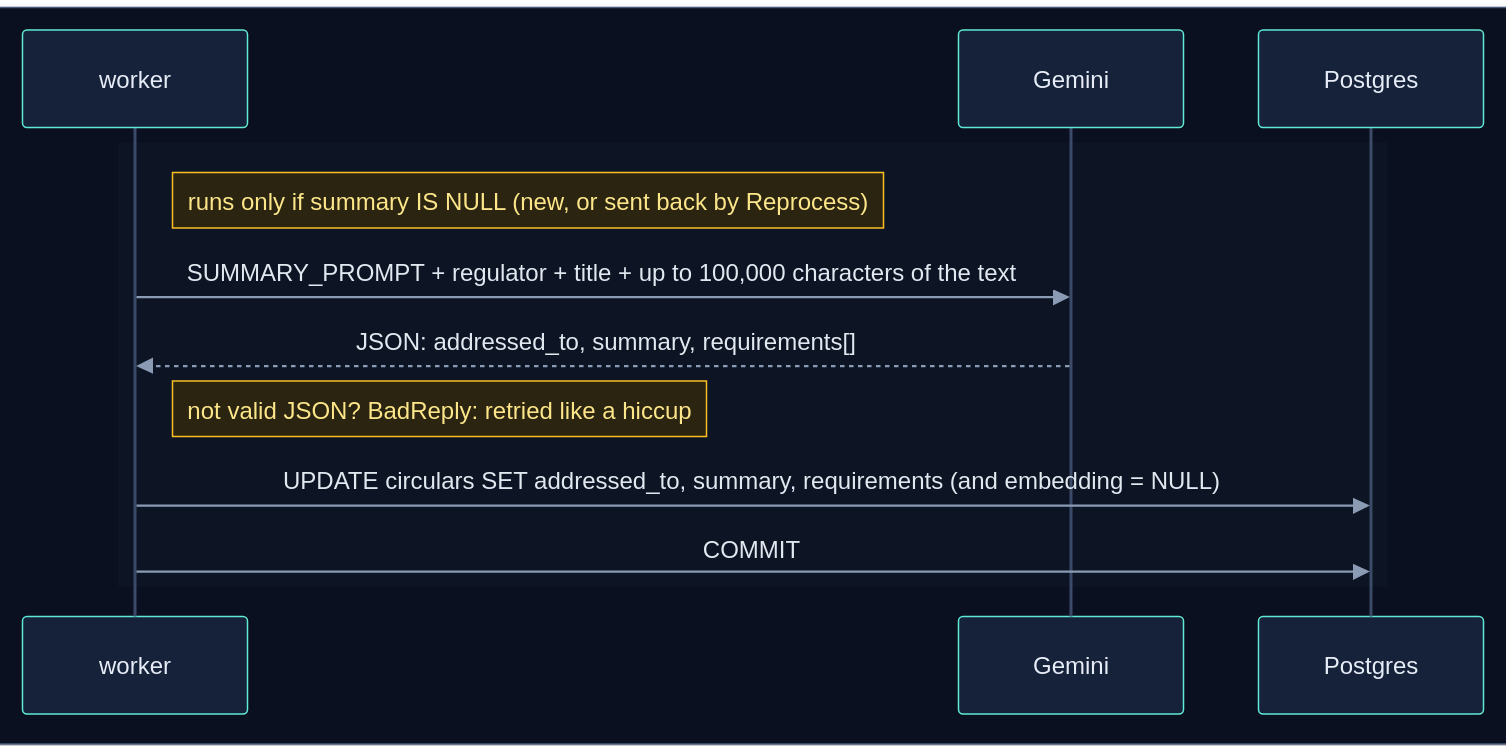
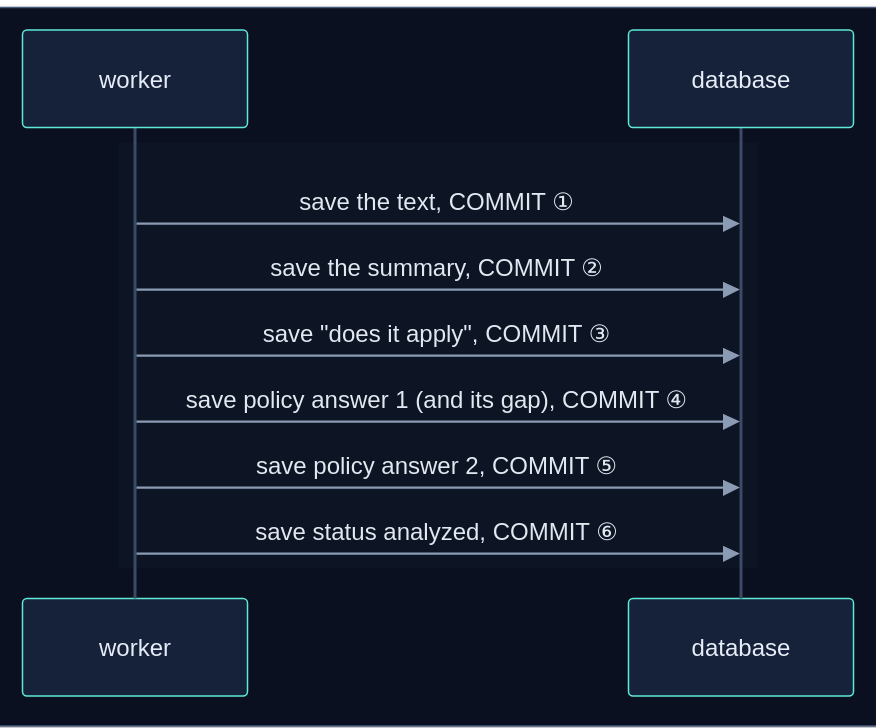
One commit to selvakumarperumal/Regulatory_Circular_Impact_Agent changed the eighth of 12 diagrams in how_the_worker_works.md. Above: the diagram before and after it, drawn with Mermaid. The commit also changed other lines of this file and 4 other files, not shown here.

````diff
--- a/how_the_worker_works.md
+++ b/how_the_worker_works.md
@@ -612,18 +468,17 @@
 ```mermaid
 %%{init: {"theme": "base", "sequence": {"diagramMarginX": 0, "diagramMarginY": 0}, "themeVariables": {"darkMode": true, "primaryColor": "#16213a", "primaryTextColor": "#e6edf7", "primaryBorderColor": "#475a7a", "lineColor": "#8b9bb4", "secondaryColor": "#1b2436", "tertiaryColor": "#101a2e", "edgeLabelBackground": "#0f172a", "textColor": "#e2e8f0", "actorBkg": "#16213a", "actorBorder": "#5eead4", "actorTextColor": "#e6edf7", "actorLineColor": "#3b4a66", "signalColor": "#8b9bb4", "signalTextColor": "#e2e8f0", "noteBkgColor": "#2a2410", "noteBorderColor": "#fbbf24", "noteTextColor": "#fde68a", "labelBoxBkgColor": "#1e293b", "labelBoxBorderColor": "#64748b", "labelTextColor": "#e2e8f0", "loopTextColor": "#c4b5fd", "sequenceNumberColor": "#0b1020", "activationBkgColor": "#1e293b"}}}%%
 sequenceDiagram
     box rgb(11, 16, 32)
         participant K as worker
-        participant G as Gemini
-        participant PG as Postgres
+        participant DB as database
     end
 
     rect rgb(13, 20, 36)
-        Note right of K: runs only if summary IS NULL (new, or sent back by Reprocess)
-        K->>G: SUMMARY_PROMPT + regulator + title + up to 100,000 characters of the text
-        G-->>K: JSON: addressed_to, summary, requirements[]
-        Note right of K: not valid JSON? BadReply: retried like a hiccup
-        K->>PG: UPDATE circulars SET addressed_to, summary, requirements (and embedding = NULL)
-        K->>PG: COMMIT
+        K->>DB: save the text, COMMIT ①
+        K->>DB: save the summary, COMMIT ②
+        K->>DB: save "does it apply", COMMIT ③
+        K->>DB: save policy answer 1 (and its gap), COMMIT ④
+        K->>DB: save policy answer 2, COMMIT ⑤
+        K->>DB: save status analyzed, COMMIT ⑥
     end
 ```
````
